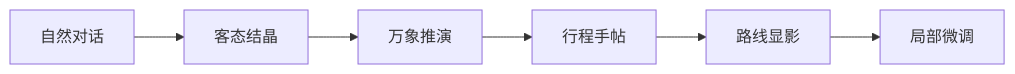
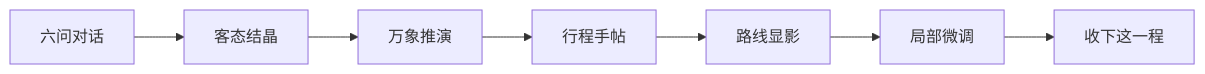
One commit to yxthu27/gui_ke_wan_xiang changed the first of 2 diagrams in README.md. Above: the diagram before and after it, drawn with Mermaid. The commit also changed other lines of this file, not shown here.

Commit message:
Expand README with product story and architecture

````diff
--- a/README.md
+++ b/README.md
@@ -42,8 +65,9 @@
 ```mermaid
 flowchart LR
-  A[自然对话] --> B[客态结晶]
+  A[六问对话] --> B[客态结晶]
   B --> C[万象推演]
   C --> D[行程手帖]
   D --> E[路线显影]
   E --> F[局部微调]
+  F --> G[收下这一程]
 ```
````
